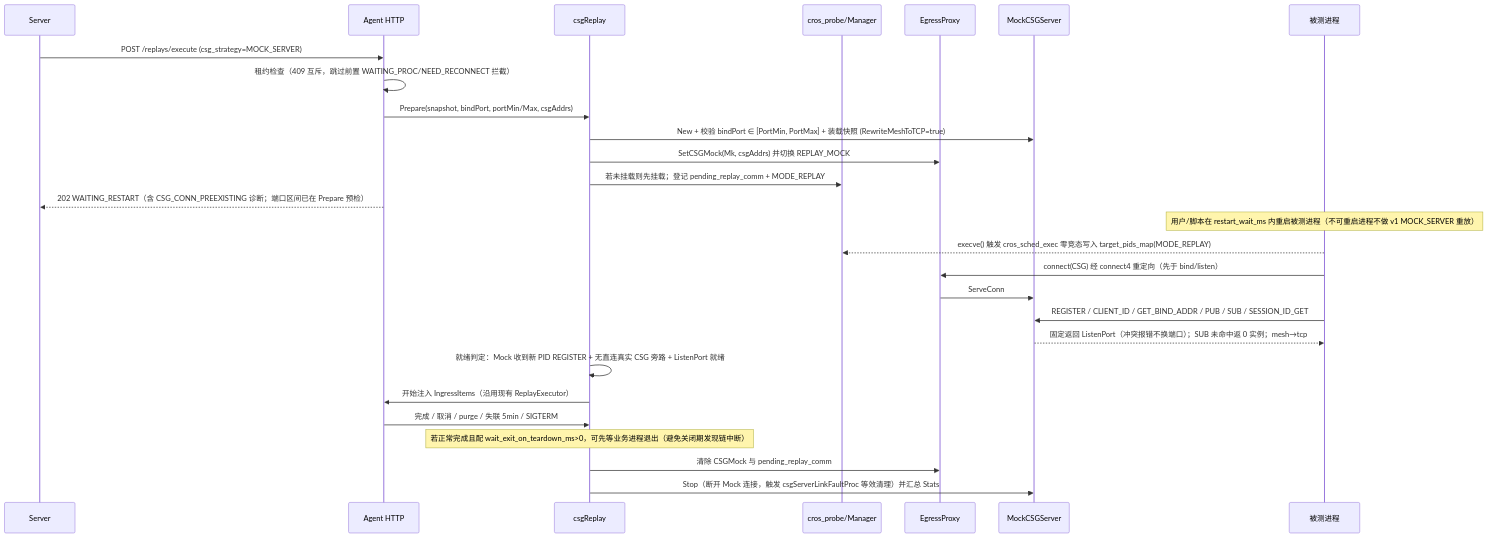
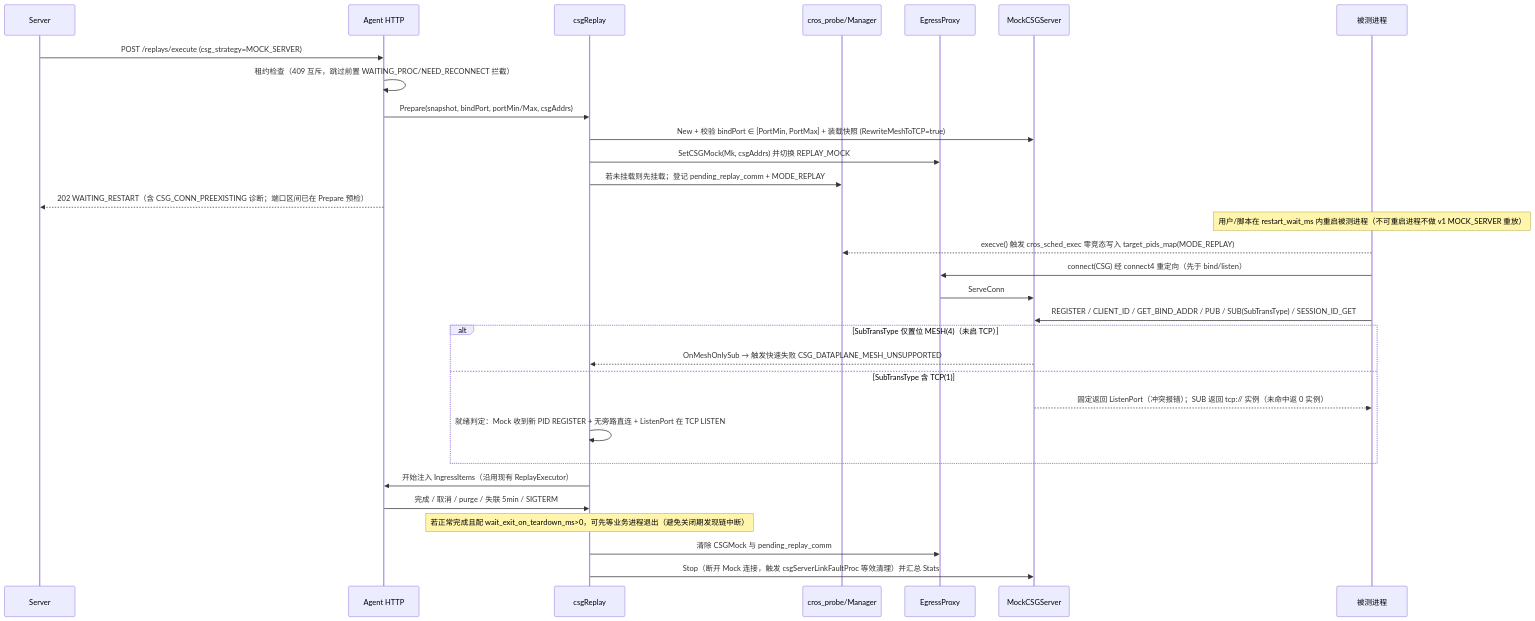
One commit to fugui/code-contract changed the second of 2 diagrams in docs/05-adr/21-csg-aware-agent-service-discovery-and-replay-mock-adr.md. Above: the diagram before and after it, drawn with Mermaid. The commit also changed other lines of this file and 1 other file, not shown here.

Commit message:
docs: 合入 Q-P5b 反馈否决无条件 H-6 并收敛 dophi_mesh 数据面边界 (v1.6.0)

````diff
--- a/docs/05-adr/21-csg-aware-agent-service-discovery-and-replay-mock-adr.md
+++ b/docs/05-adr/21-csg-aware-agent-service-discovery-and-replay-mock-adr.md
@@ -984,29 +998,33 @@
 ```mermaid
 sequenceDiagram
     participant Srv as Server
     participant Ag as Agent HTTP
     participant Orc as csgReplay
     participant Ebpf as cros_probe/Manager
     participant Px as EgressProxy
     participant Mk as MockCSGServer
     participant Biz as 被测进程
     Srv->>Ag: POST /replays/execute (csg_strategy=MOCK_SERVER)
     Ag->>Ag: 租约检查（409 互斥，跳过前置 WAITING_PROC/NEED_RECONNECT 拦截）
     Ag->>Orc: Prepare(snapshot, bindPort, portMin/Max, csgAddrs)
     Orc->>Mk: New + 校验 bindPort ∈ [PortMin, PortMax] + 装载快照 (RewriteMeshToTCP=true)
     Orc->>Px: SetCSGMock(Mk, csgAddrs) 并切换 REPLAY_MOCK
     Orc->>Ebpf: 若未挂载则先挂载；登记 pending_replay_comm + MODE_REPLAY
     Ag-->>Srv: 202 WAITING_RESTART（含 CSG_CONN_PREEXISTING 诊断；端口区间已在 Prepare 预检）
     Note over Biz: 用户/脚本在 restart_wait_ms 内重启被测进程（不可重启进程不做 v1 MOCK_SERVER 重放）
     Biz-->>Ebpf: execve() 触发 cros_sched_exec 零竞态写入 target_pids_map(MODE_REPLAY)
     Biz->>Px: connect(CSG) 经 connect4 重定向（先于 bind/listen）
     Px->>Mk: ServeConn
-    Biz->>Mk: REGISTER / CLIENT_ID / GET_BIND_ADDR / PUB / SUB / SESSION_ID_GET
-    Mk-->>Biz: 固定返回 ListenPort（冲突报错不换端口）；SUB 未命中返 0 实例；mesh→tcp
-    Orc->>Orc: 就绪判定：Mock 收到新 PID REGISTER + 无直连真实 CSG 旁路 + ListenPort 就绪
+    Biz->>Mk: REGISTER / CLIENT_ID / GET_BIND_ADDR / PUB / SUB(SubTransType) / SESSION_ID_GET
+    alt SubTransType 仅置位 MESH(4)（未启 TCP）
+        Mk-->>Orc: OnMeshOnlySub → 触发快速失败 CSG_DATAPLANE_MESH_UNSUPPORTED
+    else SubTransType 含 TCP(1)
+        Mk-->>Biz: 固定返回 ListenPort（冲突报错）；SUB 返回 tcp:// 实例（未命中返 0 实例）
+        Orc->>Orc: 就绪判定：Mock 收到新 PID REGISTER + 无旁路直连 + ListenPort 在 TCP LISTEN
+    end
     Orc->>Ag: 开始注入 IngressItems（沿用现有 ReplayExecutor）
     Ag->>Orc: 完成 / 取消 / purge / 失联 5min / SIGTERM
     Note over Orc: 若正常完成且配 wait_exit_on_teardown_ms>0，可先等业务进程退出（避免关闭期发现链中断）
     Orc->>Px: 清除 CSGMock 与 pending_replay_comm
     Orc->>Mk: Stop（断开 Mock 连接，触发 csgServerLinkFaultProc 等效清理）并汇总 Stats
 ```
````
